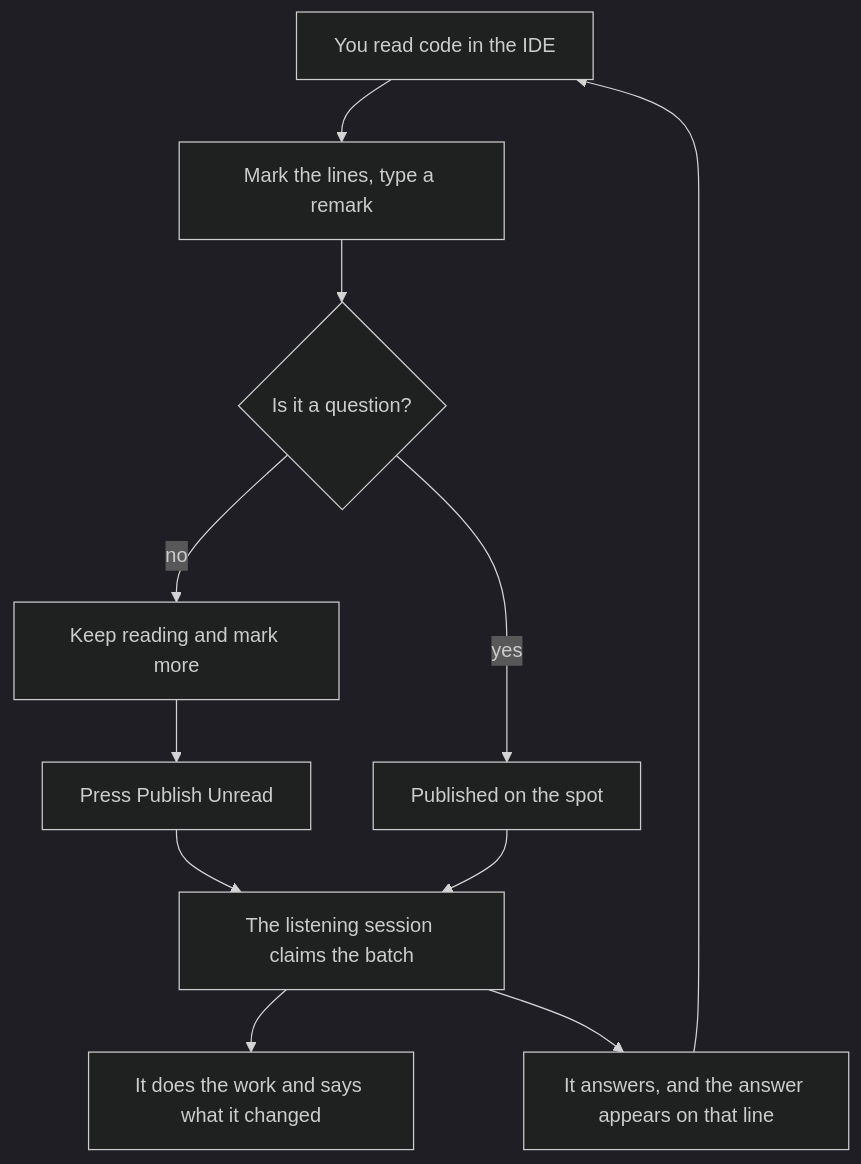
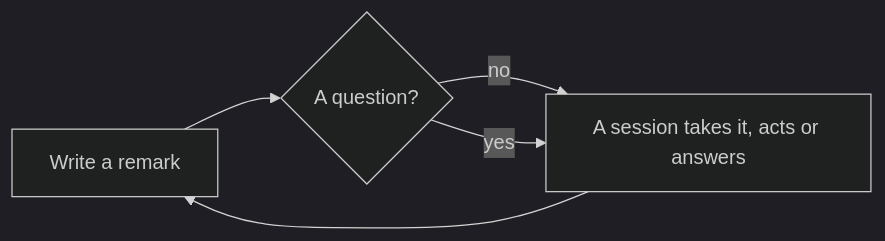
The second of 2 diagrams in README.md (p4elkin/claude-remarks), drawn with Mermaid (dark theme) before and after one commit. The commit also changed other lines of this file, not shown here.

First line of the commit message:
docs: lay both README diagrams out horizontally

````diff
--- a/README.md
+++ b/README.md
@@ -54,19 +46,7 @@
 ```mermaid
-flowchart TD
-    read["You read code in the IDE"]
-    mark["Mark the lines, type a remark"]
-    q{"Is it a question?"}
-    keep["Keep reading and mark more"]
-    pub["Press Publish Unread"]
-    now["Published on the spot"]
-    pick["The listening session claims the batch"]
-    work["It does the work and says what it changed"]
-    ans["It answers, and the answer appears on that line"]
-
-    read --> mark --> q
-    q -->|no| keep --> pub --> pick
-    q -->|yes| now --> pick
-    pick --> work
-    pick --> ans
-    ans --> read
+flowchart LR
+    mark["Write a remark"] --> q{"A question?"}
+    q -->|no| claim["A session takes it, acts or answers"]
+    q -->|yes| claim
+    claim --> mark
 ```
````
